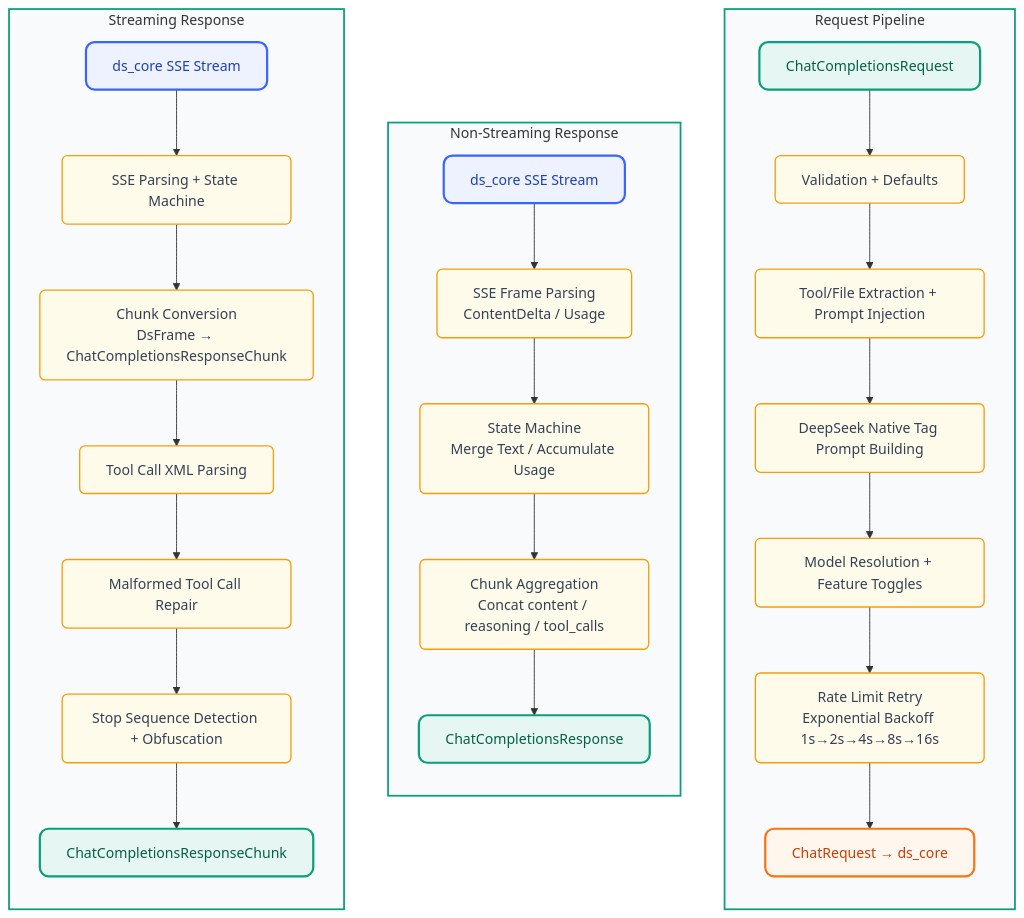
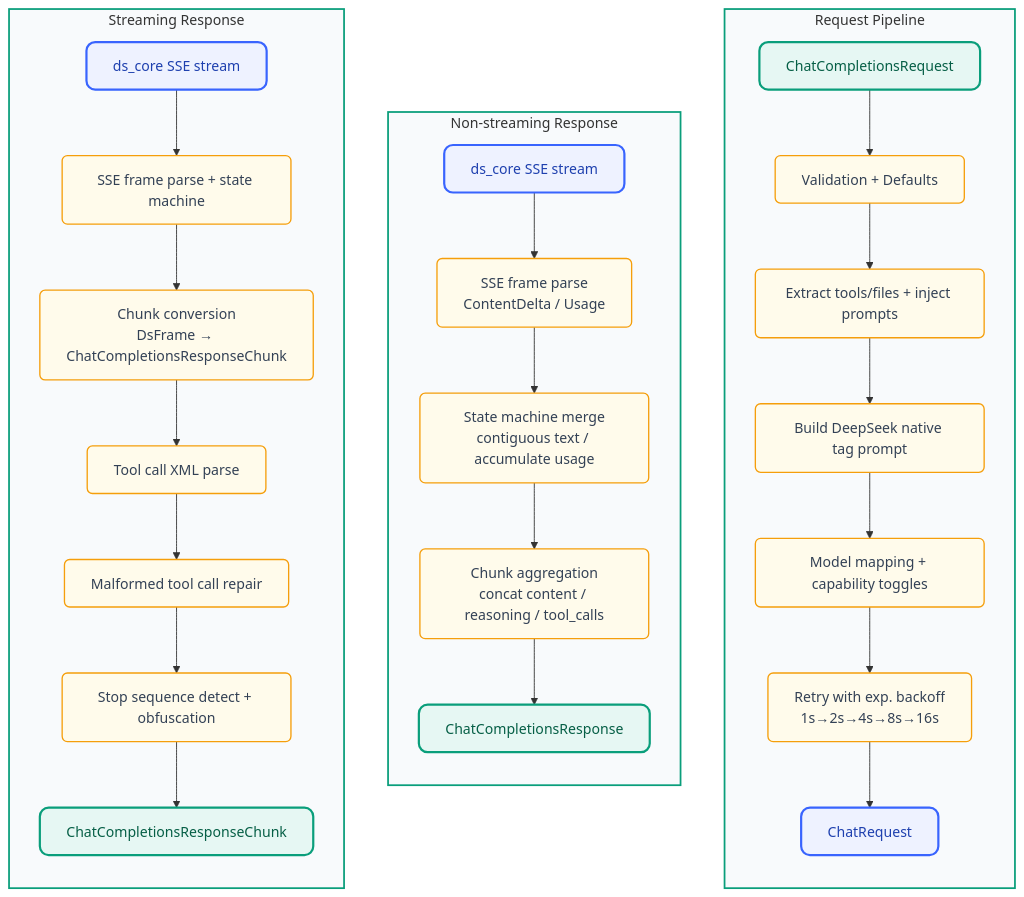
One commit to parasshah10/d2a changed the second of 3 diagrams in README.en.md. Above: the diagram before and after it, drawn with Mermaid. The commit also changed other lines of this file and 26 other files, not shown here.

````diff
--- a/README.en.md
+++ b/README.en.md
@@ -349,47 +231,46 @@
 ```mermaid
 flowchart TB
-    %% ===== Styles =====
+    %% ===== Theme =====
     classDef ds_core fill:#eef2ff,stroke:#3964fe,stroke-width:2.5px,color:#1e40af,rx:10,ry:10
     classDef openai_adapter fill:#e6f7f3,stroke:#0a9e7b,stroke-width:2.5px,color:#065f46,rx:10,ry:10
     classDef step fill:#fffbeb,stroke:#f59e0b,stroke-width:1.5px,color:#334155,rx:6,ry:6
-    classDef output fill:#fff7ed,stroke:#f97316,stroke-width:2.5px,color:#c2410c,rx:10,ry:10
 
     subgraph RQ ["Request Pipeline"]
         direction TB
         Q1["ChatCompletionsRequest"]:::openai_adapter
         Q2["Validation + Defaults"]:::step
-        Q3["Tool/File Extraction + Prompt Injection"]:::step
-        Q4["DeepSeek Native Tag Prompt Building"]:::step
-        Q5["Model Resolution + Feature Toggles"]:::step
-        Q6["Rate Limit Retry<br/>Exponential Backoff 1s→2s→4s→8s→16s"]:::step
-        Q7["ChatRequest → ds_core"]:::output
+        Q3["Extract tools/files + inject prompts"]:::step
+        Q4["Build DeepSeek native tag prompt"]:::step
+        Q5["Model mapping + capability toggles"]:::step
+        Q6["Retry with exp. backoff<br/>1s→2s→4s→8s→16s"]:::step
+        Q7["ChatRequest"]:::ds_core
     end
 
-    subgraph RS1 ["Non-Streaming Response"]
+    subgraph RS1 ["Non-streaming Response"]
         direction TB
-        OR1["ds_core SSE Stream"]:::ds_core
-        OR2["SSE Frame Parsing<br/>ContentDelta / Usage"]:::step
-        OR3["State Machine<br/>Merge Text / Accumulate Usage"]:::step
-        OR4["Chunk Aggregation<br/>Concat content / reasoning / tool_calls"]:::step
+        OR1["ds_core SSE stream"]:::ds_core
+        OR2["SSE frame parse<br/>ContentDelta / Usage"]:::step
+        OR3["State machine merge<br/>contiguous text / accumulate usage"]:::step
+        OR4["Chunk aggregation<br/>concat content / reasoning / tool_calls"]:::step
         OR5["ChatCompletionsResponse"]:::openai_adapter
     end
 
     subgraph RS2 ["Streaming Response"]
         direction TB
-        OS1["ds_core SSE Stream"]:::ds_core
-        OS2["SSE Parsing + State Machine"]:::step
-        OS3["Chunk Conversion<br/>DsFrame → ChatCompletionsResponseChunk"]:::step
-        OS4["Tool Call XML Parsing"]:::step
-        OS5["Malformed Tool Call Repair"]:::step
-        OS6["Stop Sequence Detection + Obfuscation"]:::step
+        OS1["ds_core SSE stream"]:::ds_core
+        OS2["SSE frame parse + state machine"]:::step
+        OS3["Chunk conversion<br/>DsFrame → ChatCompletionsResponseChunk"]:::step
+        OS4["Tool call XML parse"]:::step
+        OS5["Malformed tool call repair"]:::step
+        OS6["Stop sequence detect + obfuscation"]:::step
         OS7["ChatCompletionsResponseChunk"]:::openai_adapter
     end
 
     Q1 --> Q2 --> Q3 --> Q4 --> Q5 --> Q6 --> Q7
     OR1 --> OR2 --> OR3 --> OR4 --> OR5
     OS1 --> OS2 --> OS3 --> OS4 --> OS5 --> OS6 --> OS7
 
     style RQ fill:#f8fafc,stroke:#0a9e7b,stroke-width:2px
     style RS1 fill:#f8fafc,stroke:#0a9e7b,stroke-width:2px
     style RS2 fill:#f8fafc,stroke:#0a9e7b,stroke-width:2px
 ```
````
